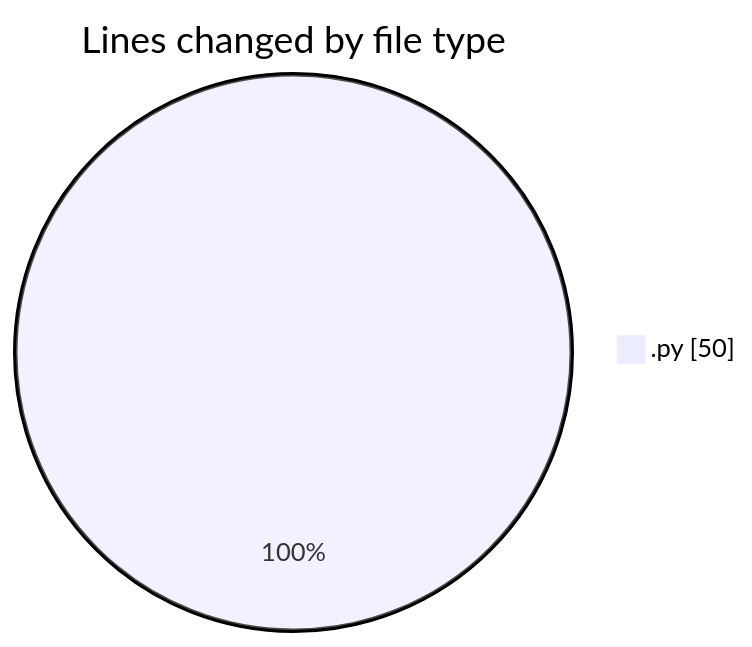
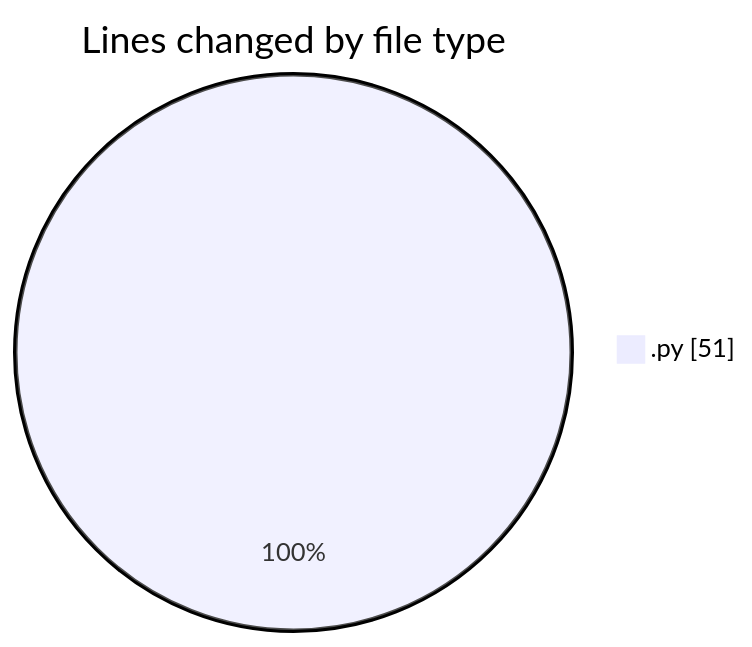
One commit to MatusMokan/code-tracking changed the first of 2 diagrams in 2025-02-28/myws__workspace_/README.md. Above: the diagram before and after it, drawn with Mermaid. The commit also changed other lines of this file and 1 other file, not shown here.

````diff
--- a/2025-02-28/myws__workspace_/README.md
+++ b/2025-02-28/myws__workspace_/README.md
@@ -20,5 +20,5 @@
 ```mermaid
 pie showData
 title Lines changed by file type
-".py" : 50
+".py" : 51
 ```
````
